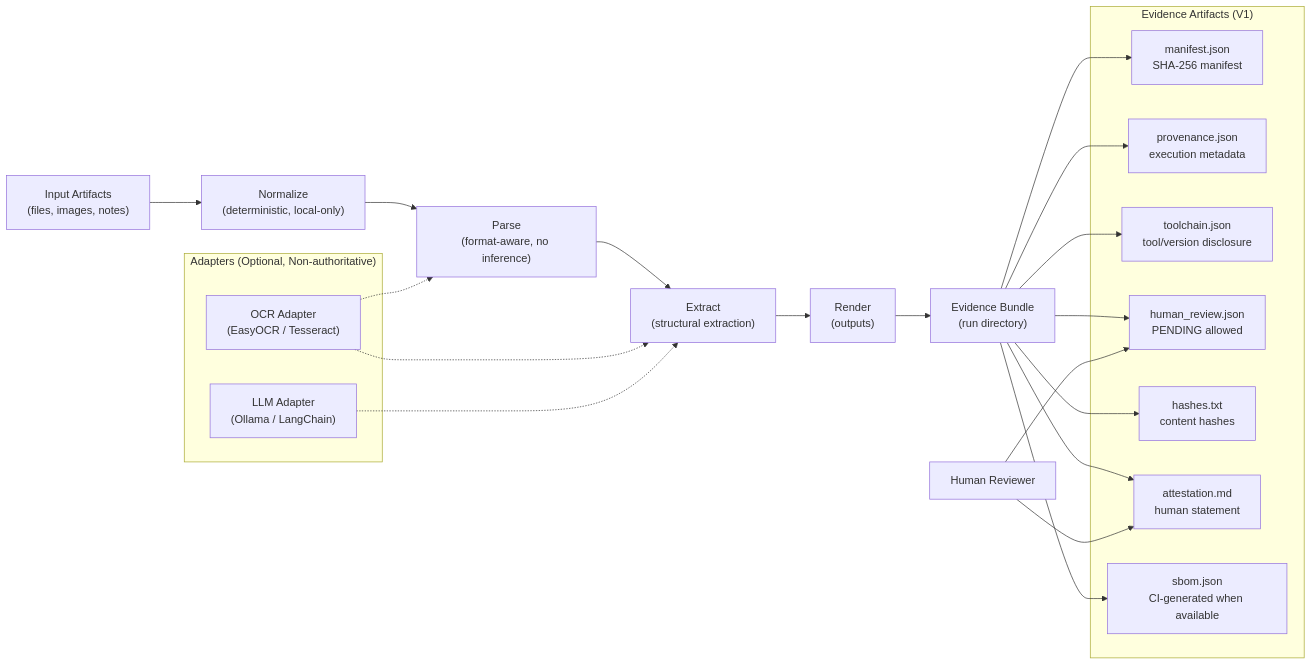
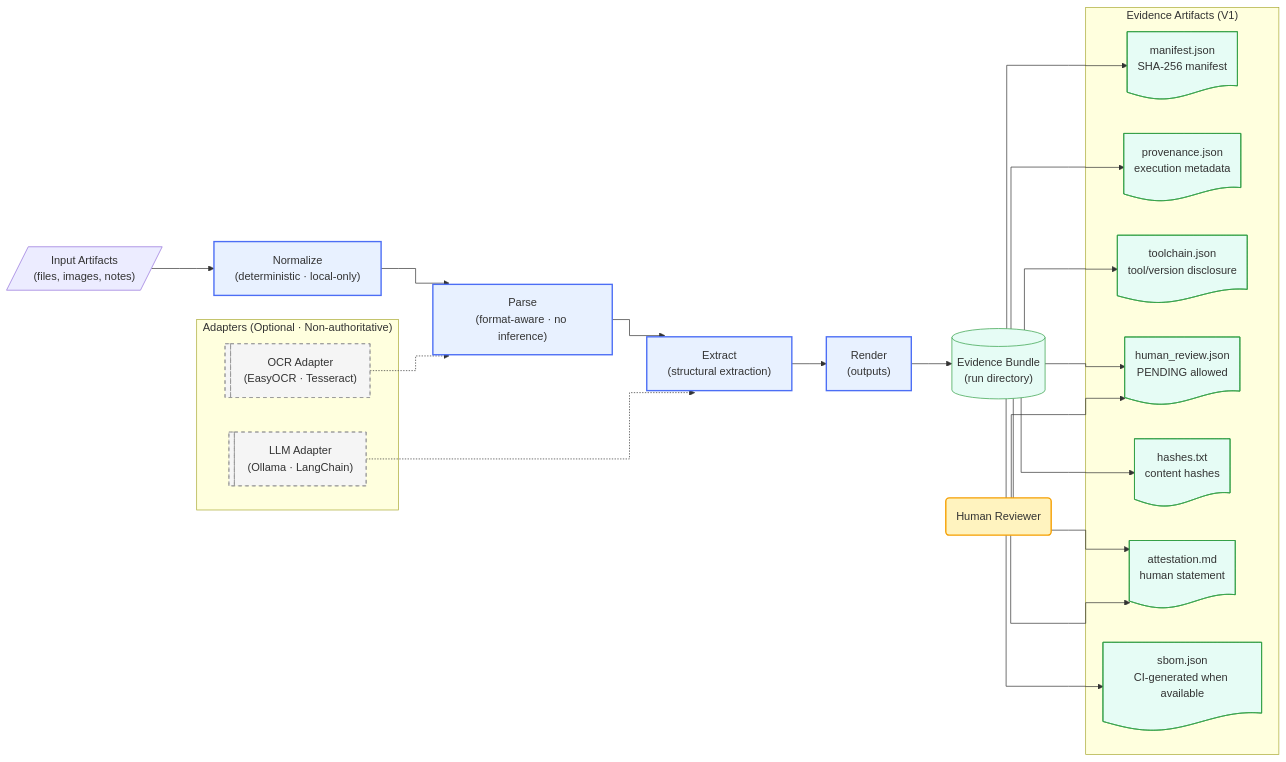
One commit to carcodez1/kprovengine changed the diagram in docs/architecture.md. Above: the diagram before and after it, drawn with Mermaid. The commit also changed other lines of this file and 6 other files, not shown here.

````diff
--- a/docs/architecture.md
+++ b/docs/architecture.md
@@ -13,42 +13,62 @@
 ```mermaid
+%%{ init: { "flowchart": { "curve": "stepBefore" } } }%%
 flowchart LR
-  %% KProvEngine V1: pipeline + evidence flow (single-pass, local-first)
+    %% KProvEngine V1 — Styled & Refactored
 
-  A["Input Artifacts<br/>(files, images, notes)"] --> B["Normalize<br/>(deterministic, local-only)"]
-  B --> C["Parse<br/>(format-aware, no inference)"]
-  C --> D["Extract<br/>(structural extraction)"]
-  D --> E["Render<br/>(outputs)"]
-  E --> R["Evidence Bundle<br/>(run directory)"]
+    %% Input
+    Input@{ shape: lean-r, label: "Input Artifacts\n(files, images, notes)" }
 
-  %% Optional adapters (non-authoritative)
-  subgraph OPT["Adapters (Optional, Non-authoritative)"]
-    OCR["OCR Adapter<br/>(EasyOCR / Tesseract)"]
-    LLM["LLM Adapter<br/>(Ollama / LangChain)"]
-  end
+    %% Core deterministic pipeline
+    Normalize@{ shape: rect, label: "Normalize\n(deterministic · local-only)" }
+    Parse@{ shape: rect, label: "Parse\n(format-aware · no inference)" }
+    Extract@{ shape: rect, label: "Extract\n(structural extraction)" }
+    Render@{ shape: rect, label: "Render\n(outputs)" }
 
-  OCR -.-> C
-  OCR -.-> D
-  LLM -.-> D
+    Evidence@{ shape: cyl, label: "Evidence Bundle\n(run directory)" }
 
-  %% Evidence artifacts (V1)
-  subgraph ART["Evidence Artifacts (V1)"]
-    M["manifest.json<br/>SHA-256 manifest"]
-    P["provenance.json<br/>execution metadata"]
-    T["toolchain.json<br/>tool/version disclosure"]
-    H["human_review.json<br/>PENDING allowed"]
-    X["hashes.txt<br/>content hashes"]
-    ATE["attestation.md<br/>human statement"]
-    S["sbom.json<br/>CI-generated when available"]
-  end
+    Input --> Normalize --> Parse --> Extract --> Render --> Evidence
 
-  R --> M
-  R --> P
-  R --> T
-  R --> H
-  R --> X
-  R --> ATE
-  R --> S
+    %% Optional adapters (explicitly non-authoritative)
+    subgraph Adapters["Adapters (Optional · Non-authoritative)"]
+        OCR@{ shape: lin-rect, label: "OCR Adapter\n(EasyOCR · Tesseract)" }
+        LLM@{ shape: lin-rect, label: "LLM Adapter\n(Ollama · LangChain)" }
+    end
 
-  HR["Human Reviewer"] --> H
-  HR --> ATE
+    OCR -.-> Parse
+    LLM -.-> Extract
+
+    %% Evidence artifacts
+    subgraph Artifacts["Evidence Artifacts (V1)"]
+        Manifest@{ shape: doc, label: "manifest.json\nSHA-256 manifest" }
+        Provenance@{ shape: doc, label: "provenance.json\nexecution metadata" }
+        Toolchain@{ shape: doc, label: "toolchain.json\ntool/version disclosure" }
+        HumanReview@{ shape: doc, label: "human_review.json\nPENDING allowed" }
+        Hashes@{ shape: doc, label: "hashes.txt\ncontent hashes" }
+        Attestation@{ shape: doc, label: "attestation.md\nhuman statement" }
+        SBOM@{ shape: doc, label: "sbom.json\nCI-generated when available" }
+    end
+
+    Evidence --> Manifest
+    Evidence --> Provenance
+    Evidence --> Toolchain
+    Evidence --> HumanReview
+    Evidence --> Hashes
+    Evidence --> Attestation
+    Evidence --> SBOM
+
+    %% Human in the loop (authority)
+    Human@{ shape: rounded, label: "Human Reviewer" }
+    Human --> HumanReview
+    Human --> Attestation
+
+    %% Styling
+    classDef core fill:#e8f1ff,stroke:#4c6ef5,stroke-width:2px;
+    classDef adapter fill:#f5f5f5,stroke:#999,stroke-dasharray:5 5;
+    classDef evidence fill:#e6fcf5,stroke:#2f9e44;
+    classDef human fill:#fff3bf,stroke:#f59f00,stroke-width:2px;
+
+    class Normalize,Parse,Extract,Render core;
+    class OCR,LLM adapter;
+    class Evidence,Manifest,Provenance,Toolchain,HumanReview,Hashes,Attestation,SBOM evidence;
+    class Human human;
 ```
````
